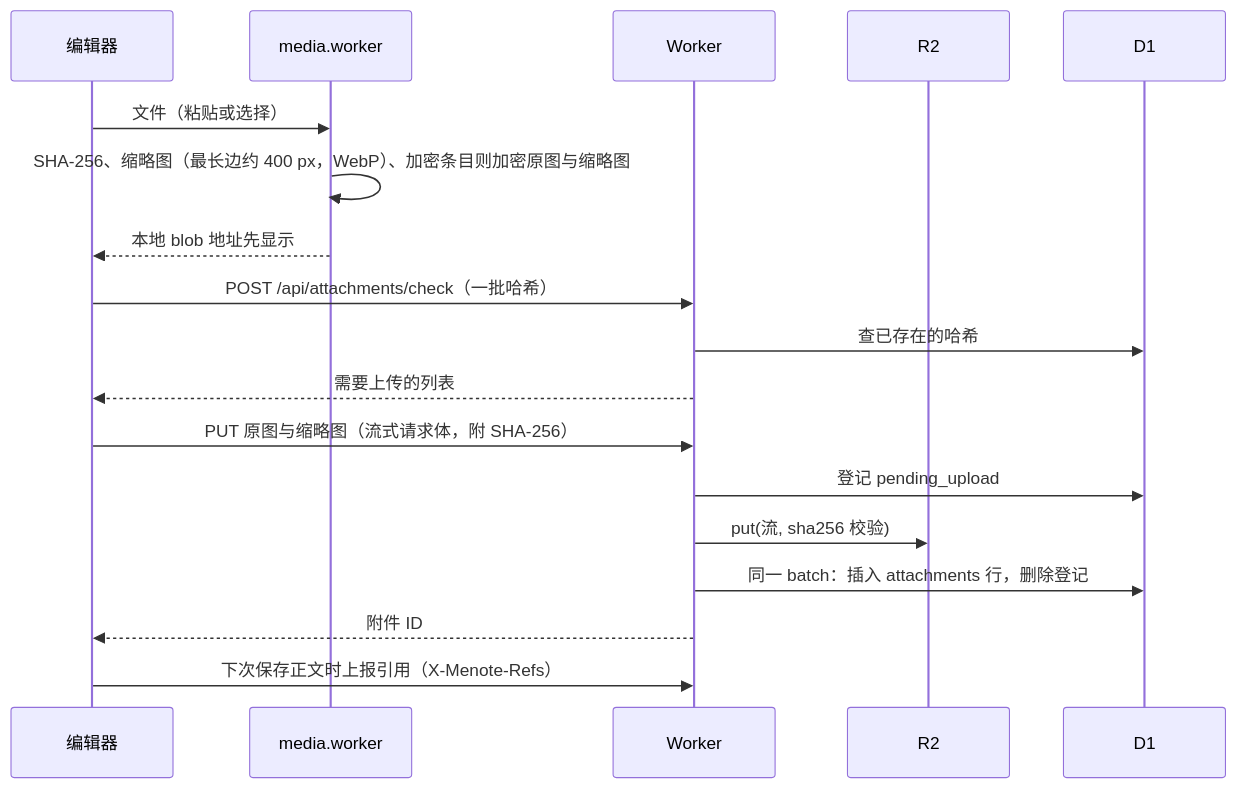
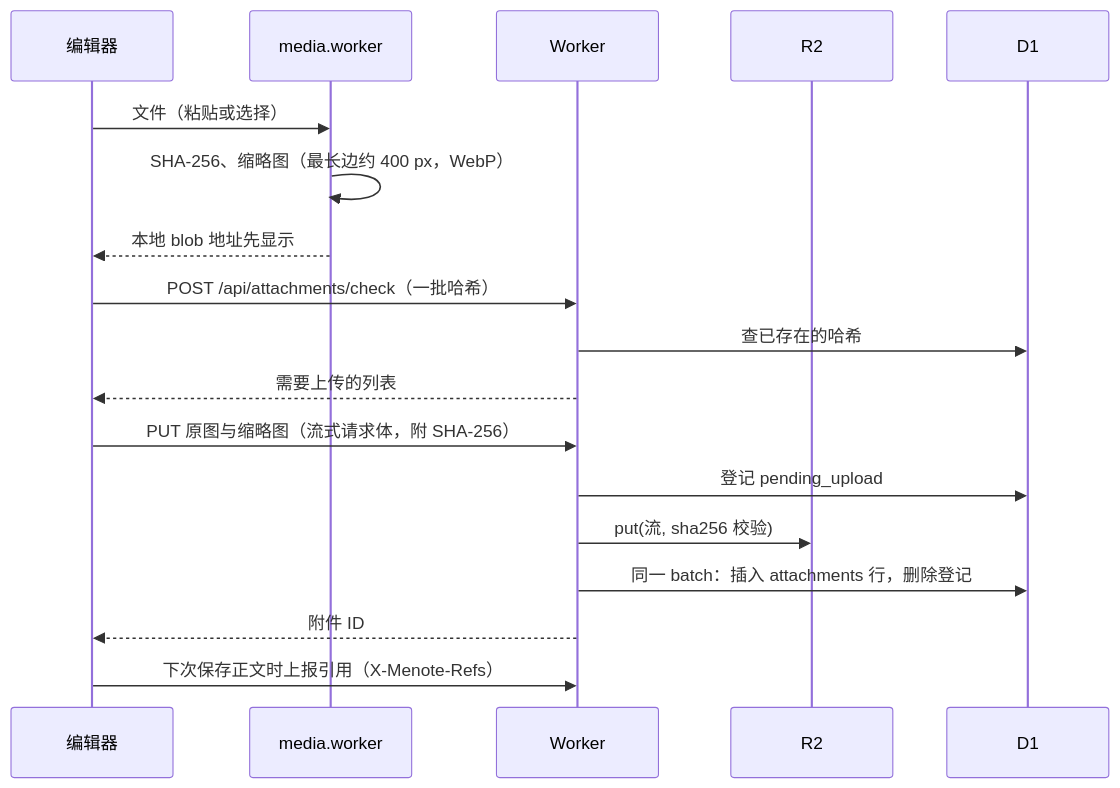
One commit to maxxie6418/MeNote changed the fifth of 5 diagrams in Menote-项目架构-v1.md. Above: the diagram before and after it, drawn with Mermaid. The commit also changed other lines of this file and 1 other file, not shown here.

````diff
--- a/Menote-项目架构-v1.md
+++ b/Menote-项目架构-v1.md
@@ -502,20 +499,20 @@
 ```mermaid
 sequenceDiagram
     participant U as 编辑器
     participant M as media.worker
     participant W as Worker
     participant R as R2
     participant D as D1
     U->>M: 文件（粘贴或选择）
-    M->>M: SHA-256、缩略图（最长边约 400 px，WebP）、加密条目则加密原图与缩略图
+    M->>M: SHA-256、缩略图（最长边约 400 px，WebP）
     M-->>U: 本地 blob 地址先显示
     U->>W: POST /api/attachments/check（一批哈希）
     W->>D: 查已存在的哈希
     W-->>U: 需要上传的列表
     U->>W: PUT 原图与缩略图（流式请求体，附 SHA-256）
     W->>D: 登记 pending_upload
     W->>R: put(流, sha256 校验)
     W->>D: 同一 batch：插入 attachments 行，删除登记
     W-->>U: 附件 ID
     U->>W: 下次保存正文时上报引用（X-Menote-Refs）
 ```
````
